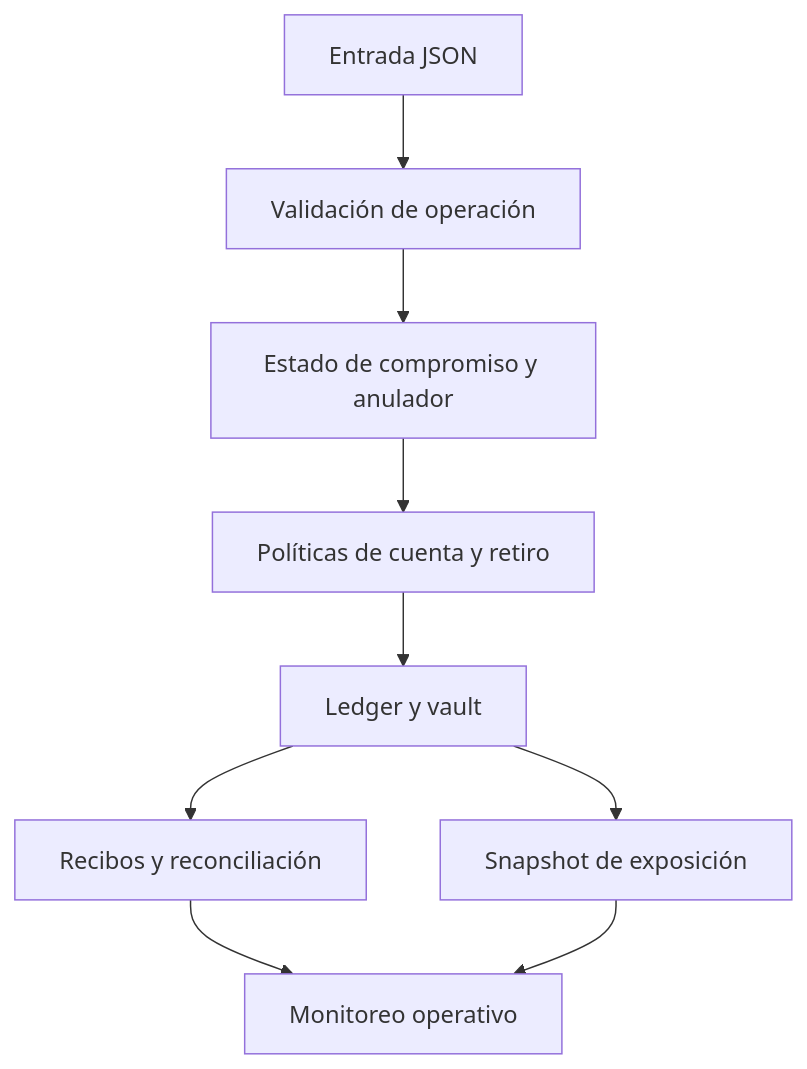
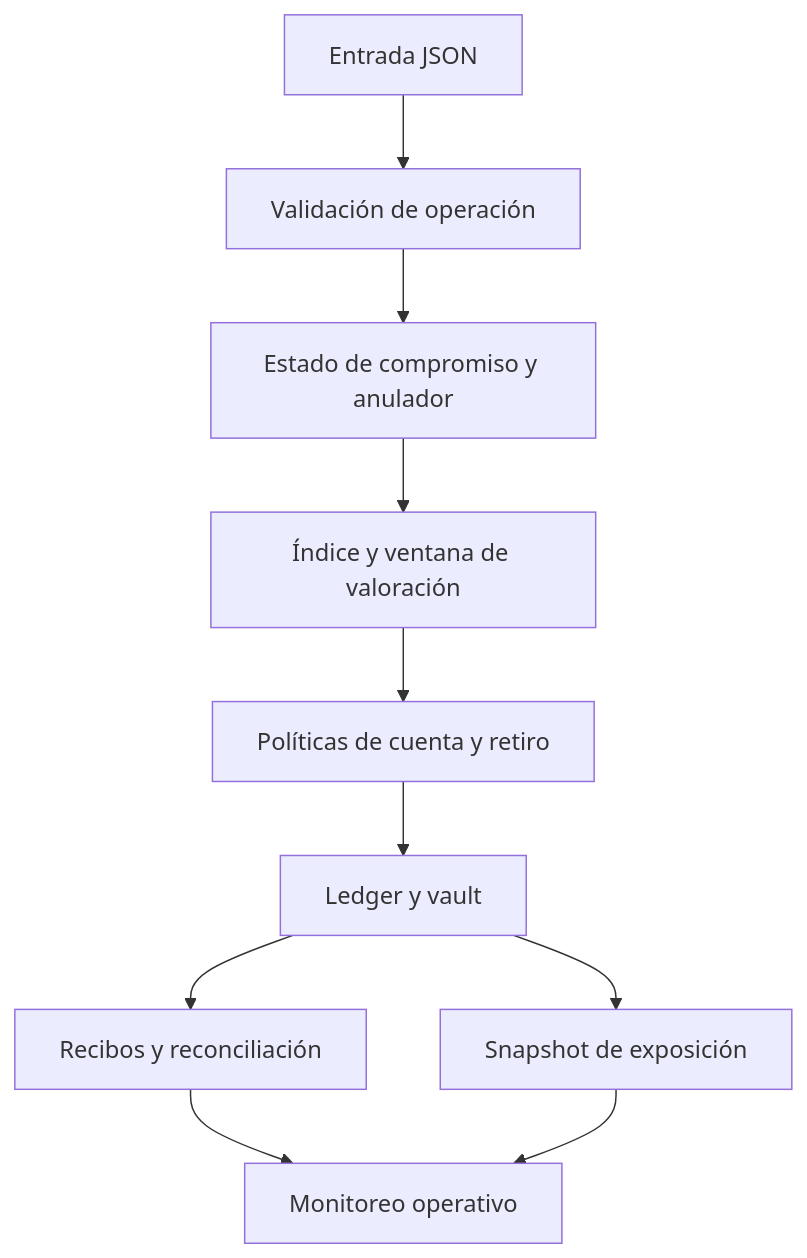
Before and after one commit to SolguardLabs/NocturneDTL: the diagram in SECURITY.md, drawn with Mermaid. The commit also changed other lines of this file and 25 other files, not shown here.

````diff
--- a/SECURITY.md
+++ b/SECURITY.md
@@ -22,11 +24,12 @@
 ```mermaid
 flowchart TD
     E[Entrada JSON] --> V[Validación de operación]
     V --> C[Estado de compromiso y anulador]
-    C --> P[Políticas de cuenta y retiro]
+    C --> I[Índice y ventana de valoración]
+    I --> P[Políticas de cuenta y retiro]
     P --> L[Ledger y vault]
     L --> R[Recibos y reconciliación]
     L --> A[Snapshot de exposición]
     R --> M[Monitoreo operativo]
     A --> M
 ```
````
